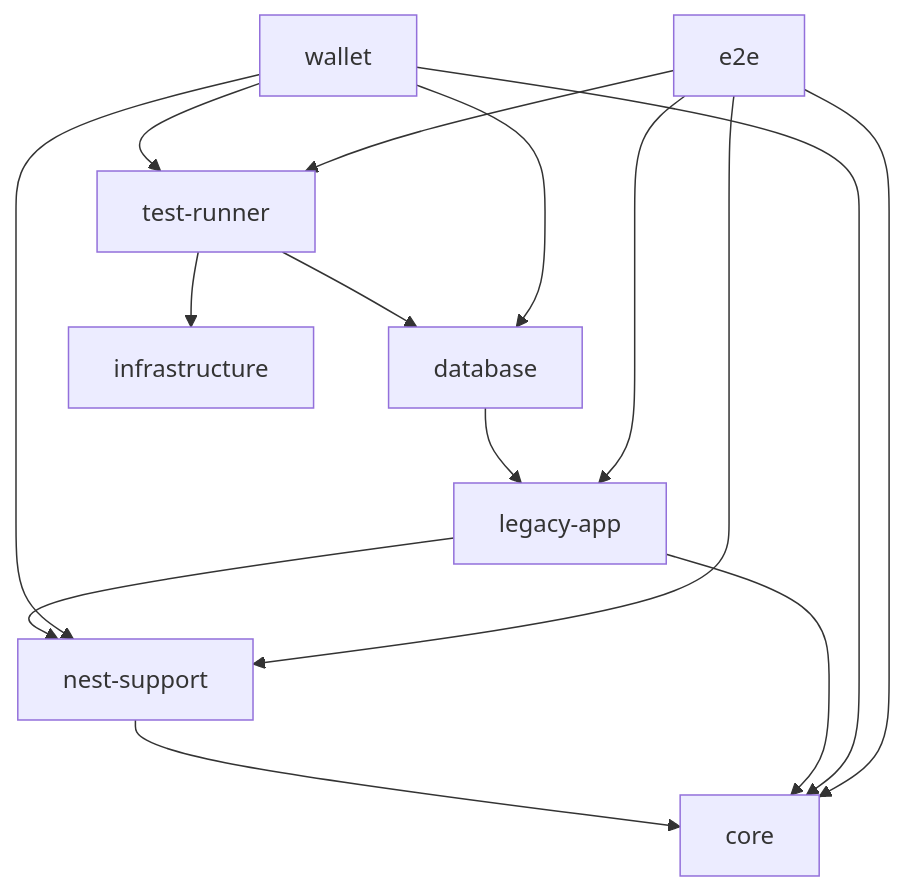
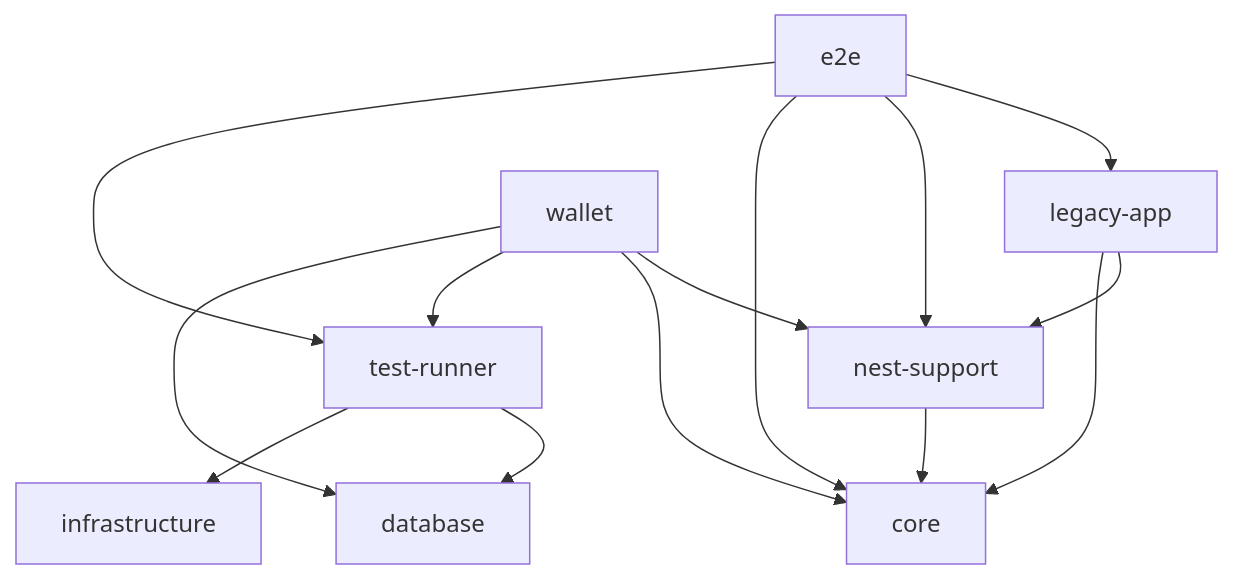
One commit to danilomartinelli/domain-driven-hexagon-scaffold changed the diagram in docs/nx-workspace.md. Above: the diagram before and after it, drawn with Mermaid. The commit also changed other lines of this file and 17 other files, not shown here.

````diff
--- a/docs/nx-workspace.md
+++ b/docs/nx-workspace.md
@@ -39,17 +39,16 @@
 ```mermaid
 graph TD
   e2e --> legacy-app
   e2e --> nest-support
   e2e --> core
   e2e --> test-runner
   wallet --> nest-support
   wallet --> core
   wallet --> test-runner
   wallet --> database
   test-runner --> database
   test-runner --> infrastructure
-  database --> legacy-app
   legacy-app --> nest-support
   legacy-app --> core
   nest-support --> core
 ```
````
